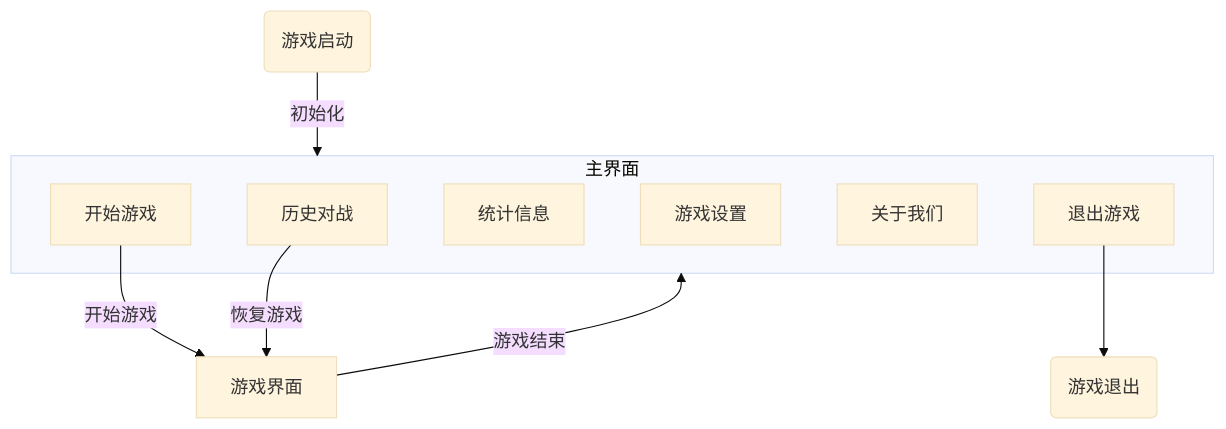
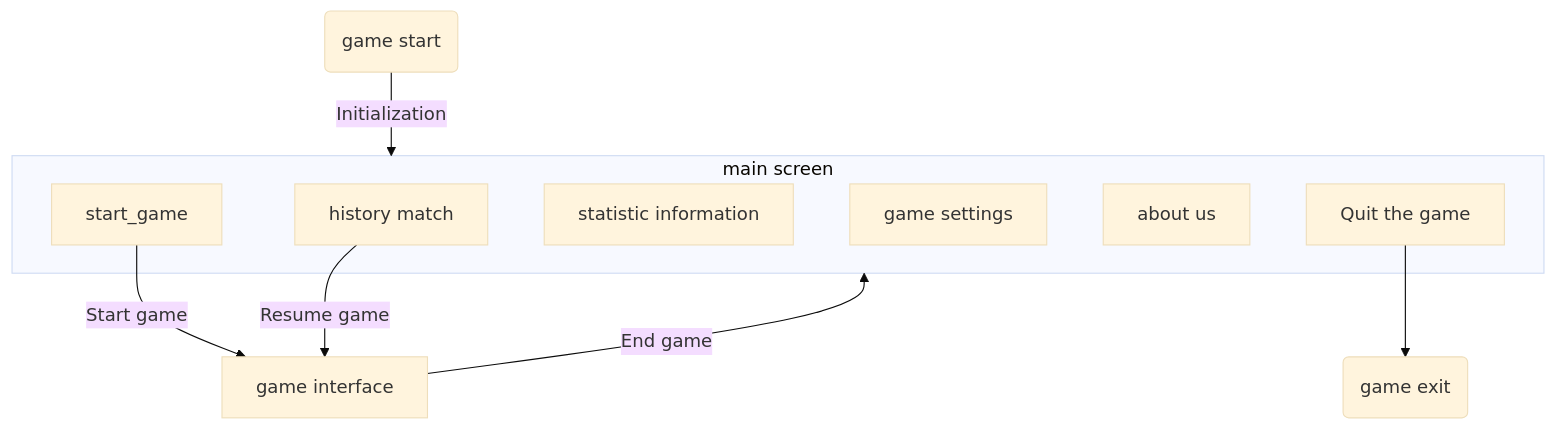
One commit to JesseSenior/pyGobang changed the diagram in doc/Project Report.md. Above: the diagram before and after it, drawn with Mermaid (base theme). The commit also changed other lines of this file and 4 other files, not shown here.

````diff
--- a/doc/Project Report.md
+++ b/doc/Project Report.md
@@ -44,20 +42,20 @@
 ```mermaid
 flowchart TD
-    start_(游戏启动)
-    subgraph main_screen [主界面]
-    history_game[历史对战]
-    start_game[开始游戏]
-    statistic_info[统计信息]
-    game_settings[游戏设置]
-    about_us[关于我们]
-    exit[退出游戏]
+    start_(game start)
+    subgraph main_screen [main screen]
+    history_game[history match]
+    start_game[start_game]
+    statistic_info[statistic information]
+    game_settings[game settings]
+    about_us[about us]
+    exit[Quit the game]
     end
-    game_screen[游戏界面]
-    end_(游戏退出)
+    game_screen[game interface]
+    end_(game exit)
 
-    start_--初始化-->main_screen
-    start_game --开始游戏--> game_screen
-    history_game --恢复游戏--> game_screen
-    game_screen --游戏结束--> main_screen
+    start_--Initialization--> main_screen
+    start_game -- Start game --> game_screen
+    history_game -- Resume game --> game_screen
+    game_screen -- End game --> main_screen
     exit --> end_
 ```
````
